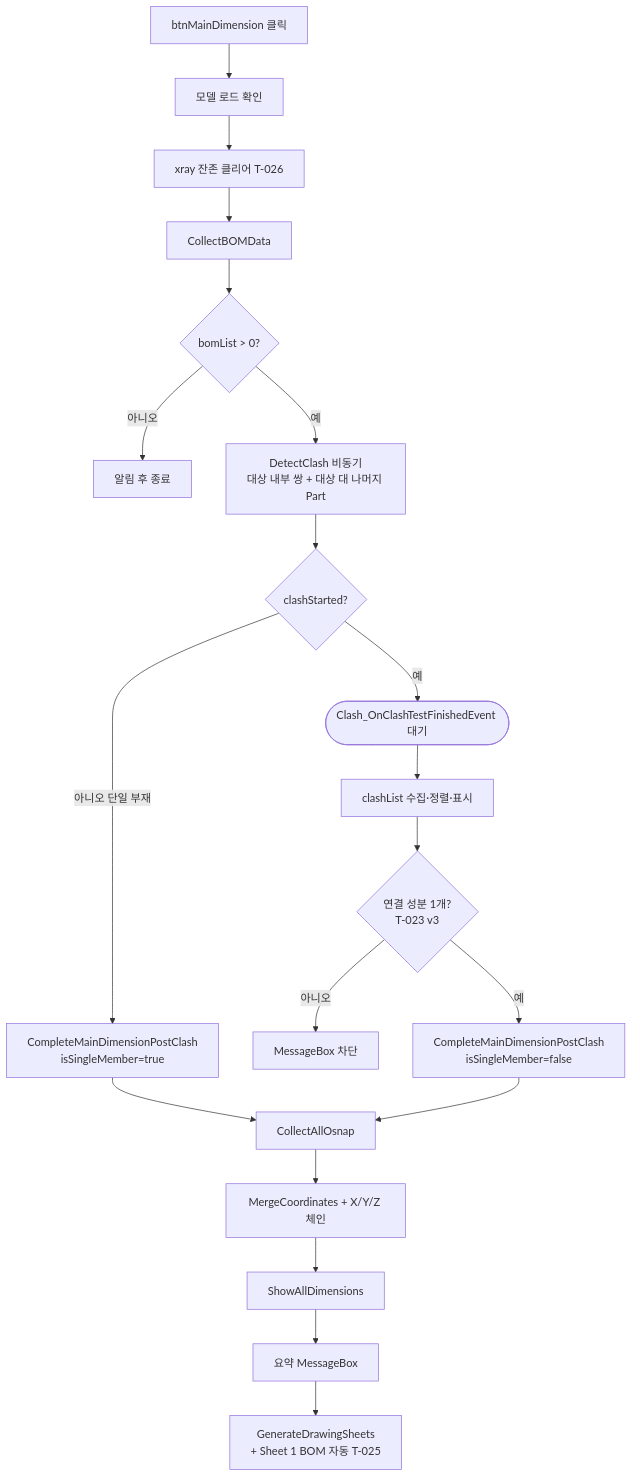
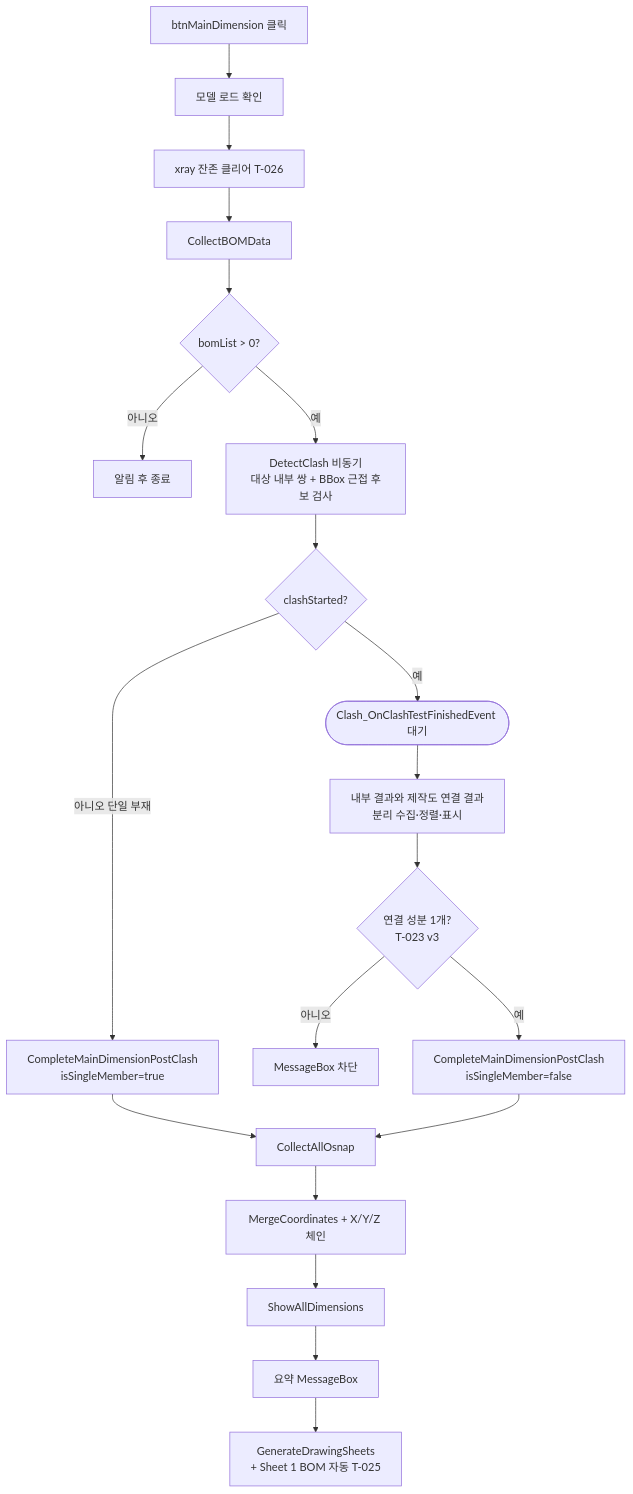
One commit to uuuuj/a2z changed the first of 2 diagrams in docs/기능/BOM/메인 치수 추출.md. Above: the diagram before and after it, drawn with Mermaid. The commit also changed other lines of this file and 12 other files, not shown here.

````diff
--- a/docs/기능/BOM/메인 치수 추출.md
+++ b/docs/기능/BOM/메인 치수 추출.md
@@ -31,22 +31,22 @@
 ```mermaid
 flowchart TD
     A[btnMainDimension 클릭] --> B[모델 로드 확인]
     B --> B2[xray 잔존 클리어 T-026]
     B2 --> C[CollectBOMData]
     C --> D{bomList > 0?}
     D -- 아니오 --> E01[알림 후 종료]
-    D -- 예 --> K[DetectClash 비동기<br/>대상 내부 쌍 + 대상 대 나머지 Part]
+    D -- 예 --> K[DetectClash 비동기<br/>대상 내부 쌍 + BBox 근접 후보 검사]
     K --> K2{clashStarted?}
     K2 -- 아니오 단일 부재 --> POST1[CompleteMainDimensionPostClash<br/>isSingleMember=true]
     K2 -- 예 --> WAIT([Clash_OnClashTestFinishedEvent 대기])
-    WAIT --> CLASH[clashList 수집·정렬·표시]
+    WAIT --> CLASH[내부 결과와 제작도 연결 결과<br/>분리 수집·정렬·표시]
     CLASH --> CONN{연결 성분 1개?<br/>T-023 v3}
     CONN -- 아니오 --> E03[MessageBox 차단]
     CONN -- 예 --> POST2[CompleteMainDimensionPostClash<br/>isSingleMember=false]
     POST1 --> OS[CollectAllOsnap]
     POST2 --> OS
     OS --> G[MergeCoordinates + X/Y/Z 체인]
     G --> SHOW[ShowAllDimensions]
     SHOW --> SUM[요약 MessageBox]
     SUM --> GEN[GenerateDrawingSheets<br/>+ Sheet 1 BOM 자동 T-025]
 ```
````
